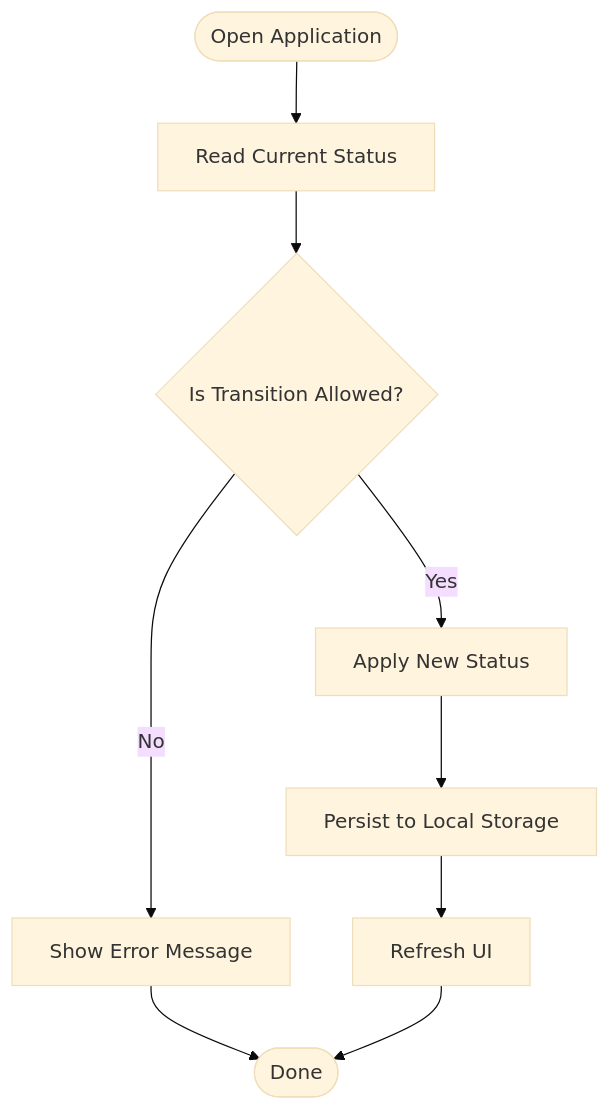
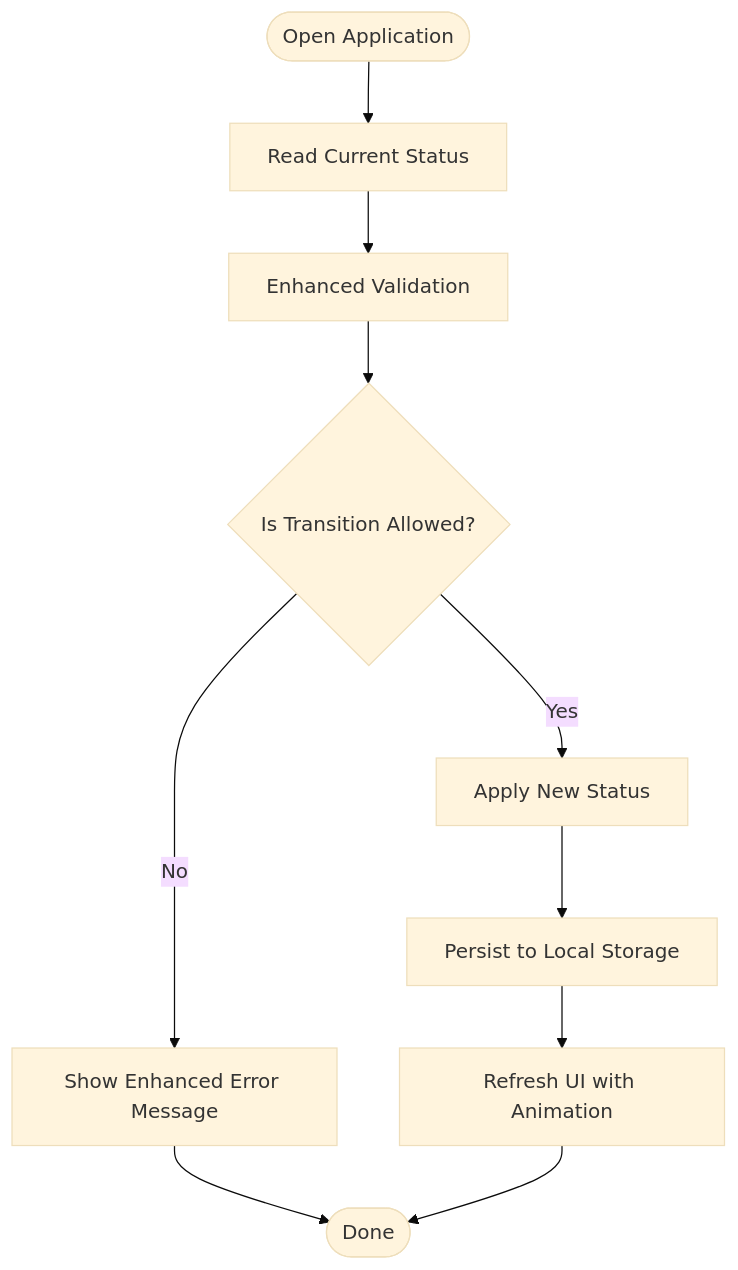
One commit to zmyeo54/briefroom changed the fourth of 12 diagrams in .qoder/repowiki/en/content/Core Features/Job Application Management.md. Above: the diagram before and after it, drawn with Mermaid (base theme). The commit also changed other lines of this file and 37 other files, not shown here.

````diff
--- a/.qoder/repowiki/en/content/Core Features/Job Application Management.md
+++ b/.qoder/repowiki/en/content/Core Features/Job Application Management.md
@@ -251,11 +271,12 @@
 ```mermaid
 flowchart TD
 Start(["Open Application"]) --> CheckStatus["Read Current Status"]
-CheckStatus --> Allowed{"Is Transition Allowed?"}
-Allowed --> |No| ShowError["Show Error Message"]
+CheckStatus --> Validate["Enhanced Validation"]
+Validate --> Allowed{"Is Transition Allowed?"}
+Allowed --> |No| ShowError["Show Enhanced Error Message"]
 Allowed --> |Yes| ApplyTransition["Apply New Status"]
 ApplyTransition --> Persist["Persist to Local Storage"]
-Persist --> Refresh["Refresh UI"]
+Persist --> Refresh["Refresh UI with Animation"]
 ShowError --> End(["Done"])
 Refresh --> End
 ```
````
